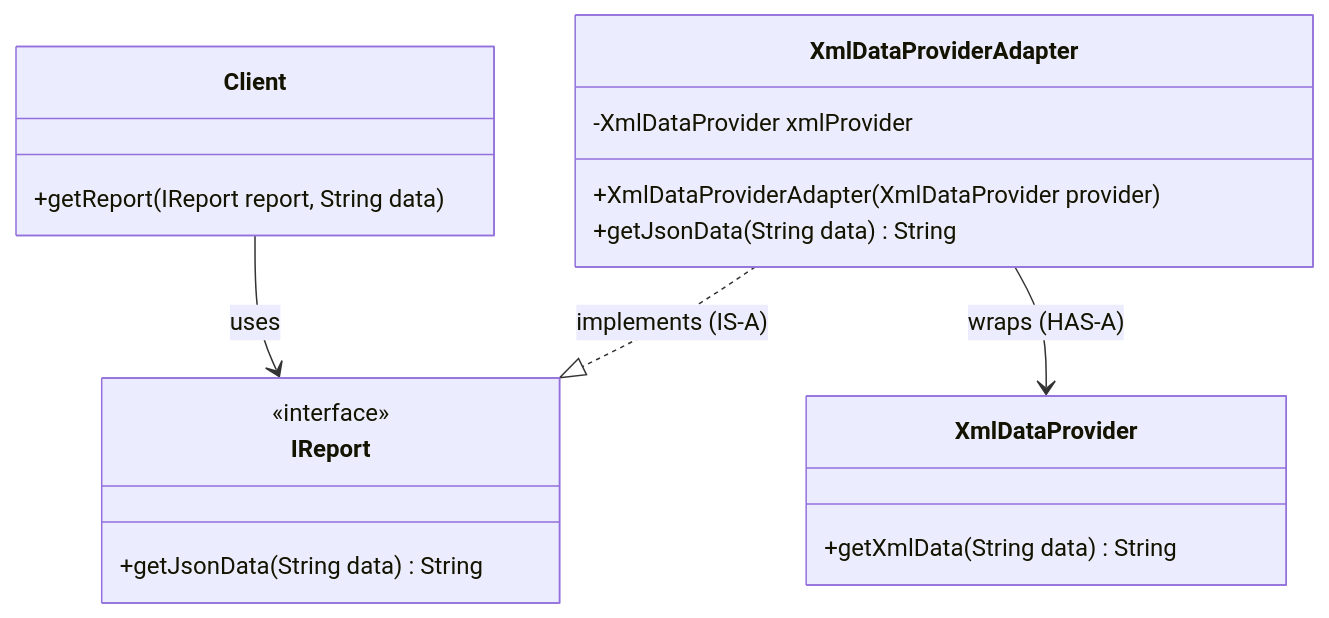
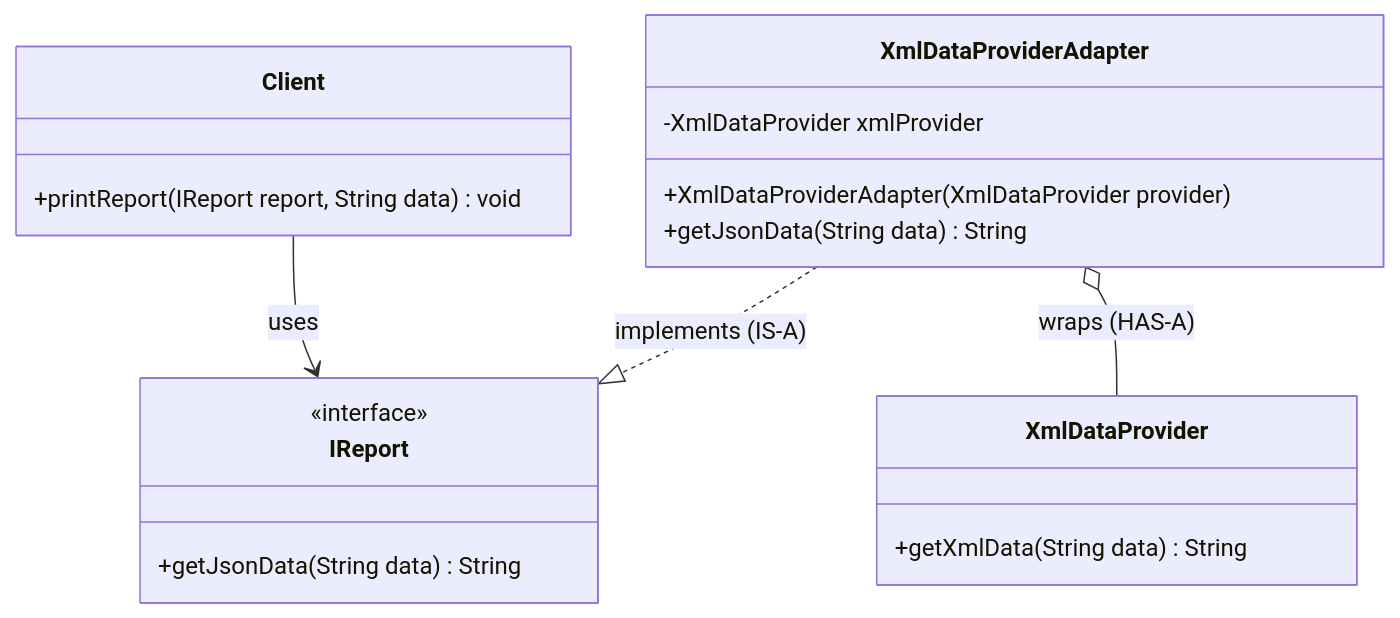
Before and after one commit to rohithgowda18/Notes: the diagram in 04-OOPs-and-Design-Patterns/03-Design-Patterns/16-Adapter-Design-Pattern.md, drawn with Mermaid. The commit also changed other lines of this file and 17 other files, not shown here.

````diff
--- a/04-OOPs-and-Design-Patterns/03-Design-Patterns/16-Adapter-Design-Pattern.md
+++ b/04-OOPs-and-Design-Patterns/03-Design-Patterns/16-Adapter-Design-Pattern.md
@@ -109,25 +67,25 @@
 ```mermaid
 classDiagram
     class Client {
-        +getReport(IReport report, String data)
+        +printReport(IReport report, String data) void
     }
 
     class IReport {
         <<interface>>
         +getJsonData(String data) String
     }
 
     class XmlDataProviderAdapter {
         -XmlDataProvider xmlProvider
         +XmlDataProviderAdapter(XmlDataProvider provider)
         +getJsonData(String data) String
     }
 
     class XmlDataProvider {
         +getXmlData(String data) String
     }
 
     Client --> IReport : uses
     XmlDataProviderAdapter ..|> IReport : implements (IS-A)
-    XmlDataProviderAdapter --> XmlDataProvider : wraps (HAS-A)
+    XmlDataProviderAdapter o-- XmlDataProvider : wraps (HAS-A)
 ```
````
